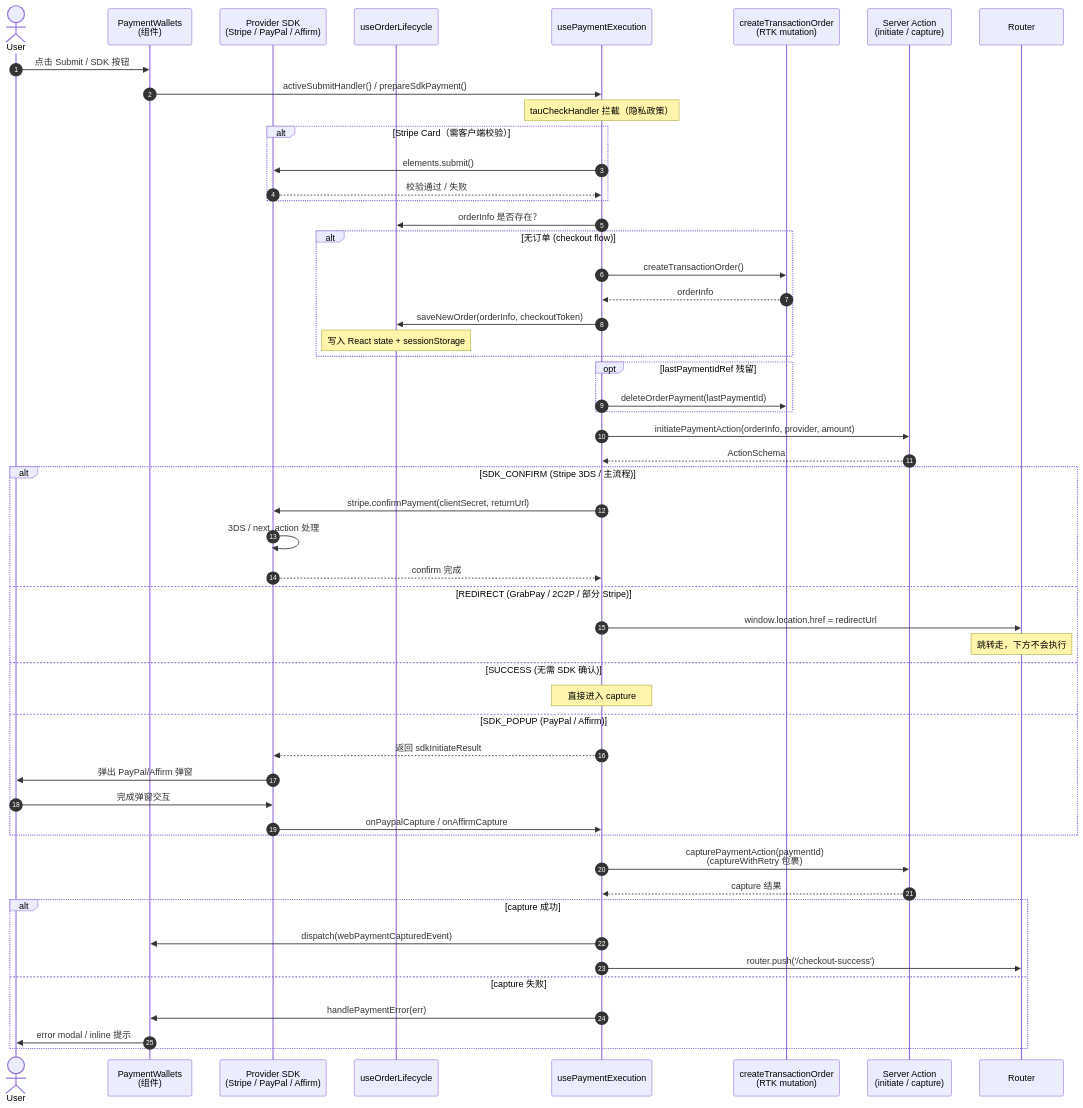
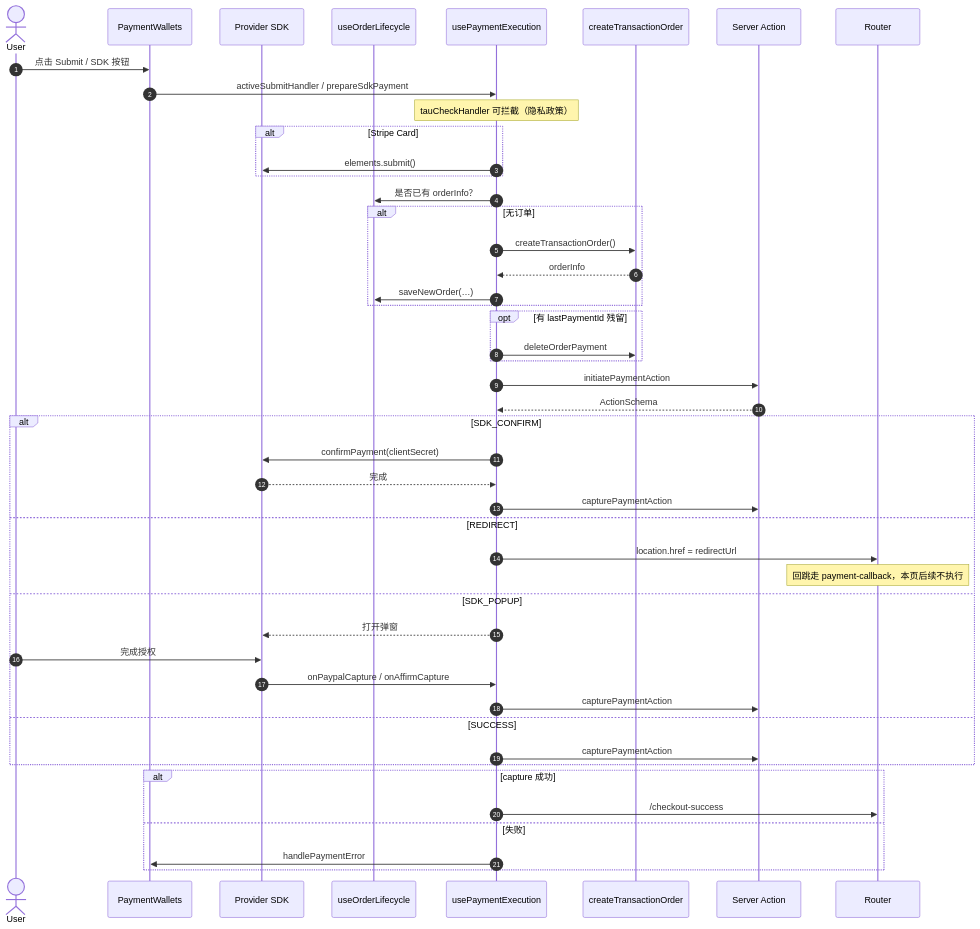
One commit to Lee-NG915/cBlog changed the second of 3 diagrams in docs/rightCapital/33.payment-wallets.md. Above: the diagram before and after it, drawn with Mermaid. The commit also changed other lines of this file and 2 other files, not shown here.

Commit message:
docs: refine payment module documentation by restructuring content for clarity, enhancing role definitions, and improving explanations of architectural principles, making it easier for developers to understand the payment processing flow and design patterns

````diff
--- a/docs/rightCapital/33.payment-wallets.md
+++ b/docs/rightCapital/33.payment-wallets.md
@@ -70,63 +102,56 @@
 ```mermaid
 sequenceDiagram
     autonumber
     actor U as User
-    participant PW as PaymentWallets<br/>(组件)
-    participant SDK as Provider SDK<br/>(Stripe / PayPal / Affirm)
+    participant PW as PaymentWallets
+    participant SDK as Provider SDK
     participant OL as useOrderLifecycle
     participant PE as usePaymentExecution
-    participant BFF as createTransactionOrder<br/>(RTK mutation)
-    participant SA as Server Action<br/>(initiate / capture)
+    participant BFF as createTransactionOrder
+    participant SA as Server Action
     participant R as Router
 
     U->>PW: 点击 Submit / SDK 按钮
-    PW->>PE: activeSubmitHandler() / prepareSdkPayment()
-    Note over PE: tauCheckHandler 拦截（隐私政策）
+    PW->>PE: activeSubmitHandler / prepareSdkPayment
+    Note over PE: tauCheckHandler 可拦截（隐私政策）
 
-    alt Stripe Card（需客户端校验）
+    alt Stripe Card
         PE->>SDK: elements.submit()
-        SDK-->>PE: 校验通过 / 失败
     end
 
-    PE->>OL: orderInfo 是否存在？
-    alt 无订单 (checkout flow)
+    PE->>OL: 是否已有 orderInfo？
+    alt 无订单
         PE->>BFF: createTransactionOrder()
         BFF-->>PE: orderInfo
-        PE->>OL: saveNewOrder(orderInfo, checkoutToken)
-        Note over OL: 写入 React state + sessionStorage
+        PE->>OL: saveNewOrder(…)
     end
 
-    opt lastPaymentIdRef 残留
-        PE->>BFF: deleteOrderPayment(lastPaymentId)
+    opt 有 lastPaymentId 残留
+        PE->>BFF: deleteOrderPayment
     end
 
-    PE->>SA: initiatePaymentAction(orderInfo, provider, amount)
+    PE->>SA: initiatePaymentAction
     SA-->>PE: ActionSchema
 
-    alt SDK_CONFIRM (Stripe 3DS / 主流程)
-        PE->>SDK: stripe.confirmPayment(clientSecret, returnUrl)
-        SDK->>SDK: 3DS / next_action 处理
-        SDK-->>PE: confirm 完成
-    else REDIRECT (GrabPay / 2C2P / 部分 Stripe)
-        PE->>R: window.location.href = redirectUrl
-        Note over R: 跳转走，下方不会执行
-    else SUCCESS (无需 SDK 确认)
-        Note over PE: 直接进入 capture
-    else SDK_POPUP (PayPal / Affirm)
-        PE-->>SDK: 返回 sdkInitiateResult
-        SDK->>U: 弹出 PayPal/Affirm 弹窗
-        U->>SDK: 完成弹窗交互
+    alt SDK_CONFIRM
+        PE->>SDK: confirmPayment(clientSecret)
+        SDK-->>PE: 完成
+        PE->>SA: capturePaymentAction
+    else REDIRECT
+        PE->>R: location.href = redirectUrl
+        Note over R: 回跳走 payment-callback，本页后续不执行
+    else SDK_POPUP
+        PE-->>SDK: 打开弹窗
+        U->>SDK: 完成授权
         SDK->>PE: onPaypalCapture / onAffirmCapture
+        PE->>SA: capturePaymentAction
+    else SUCCESS
+        PE->>SA: capturePaymentAction
     end
 
-    PE->>SA: capturePaymentAction(paymentId)<br/>(captureWithRetry 包裹)
-    SA-->>PE: capture 结果
-
     alt capture 成功
-        PE->>PW: dispatch(webPaymentCapturedEvent)
-        PE->>R: router.push('/checkout-success')
-    else capture 失败
-        PE->>PW: handlePaymentError(err)
-        PW->>U: error modal / inline 提示
+        PE->>R: /checkout-success
+    else 失败
+        PE->>PW: handlePaymentError
     end
 ```
````
